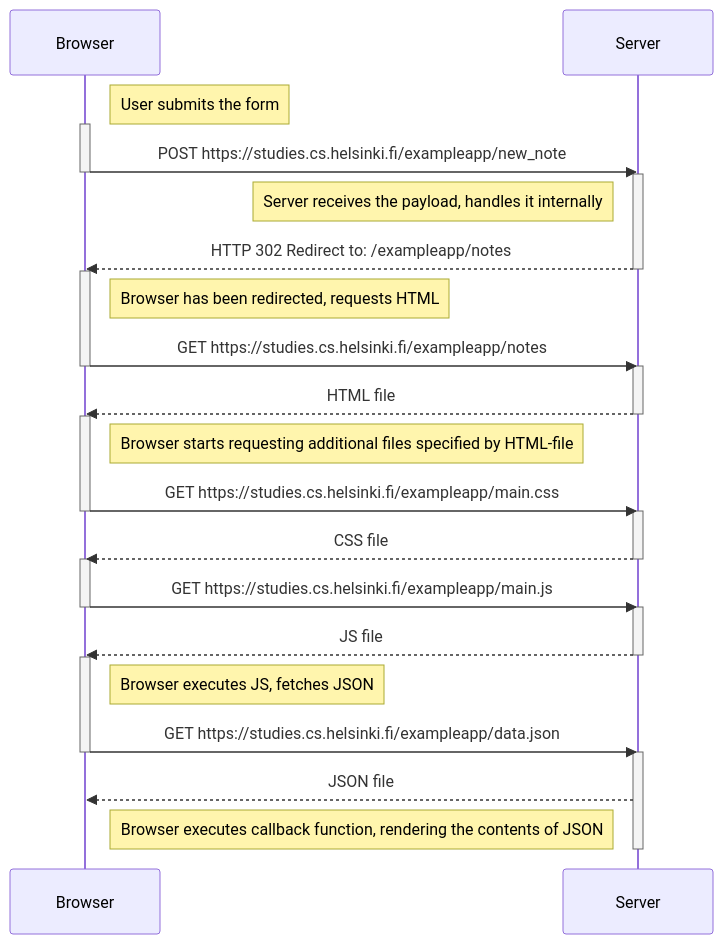
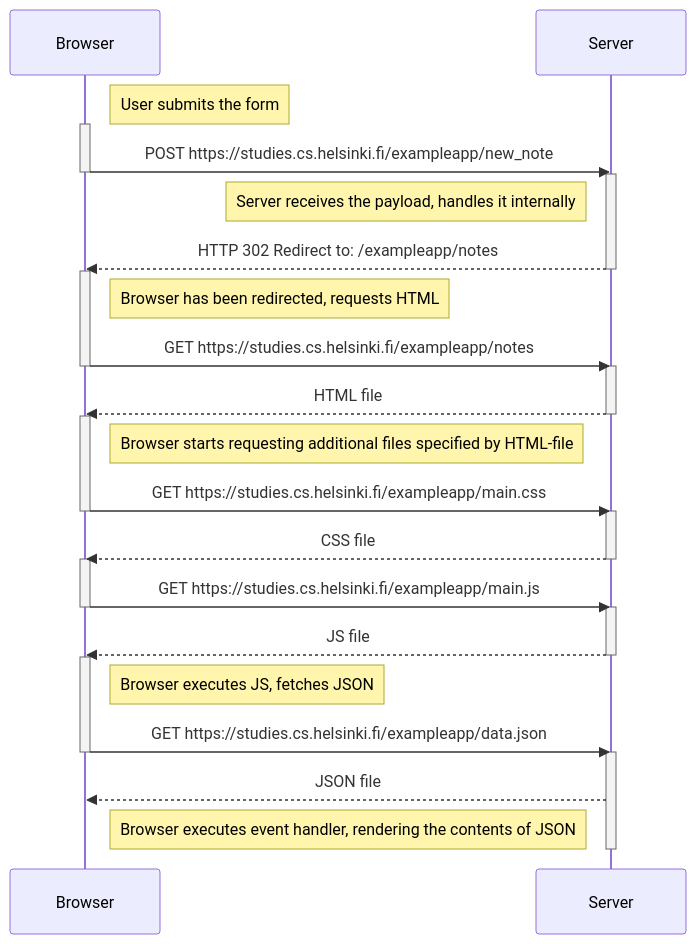
Before and after one commit to Kabskibs/fullstackopen: the diagram in osa0/0_4.md, drawn with Mermaid.

````diff
--- a/osa0/0_4.md
+++ b/osa0/0_4.md
@@ -1,41 +1,41 @@
 ```mermaid
 sequenceDiagram
     participant Browser
     participant Server
     Note right of Browser: User submits the form
     activate Browser
     Browser->>Server: POST https://studies.cs.helsinki.fi/exampleapp/new_note
     deactivate Browser
     activate Server
     Note left of Server: Server receives the payload, handles it internally
     Server-->>Browser: HTTP 302 Redirect to: /exampleapp/notes
     deactivate Server
     activate Browser
     Note right of Browser: Browser has been redirected, requests HTML 
     Browser->>Server: GET https://studies.cs.helsinki.fi/exampleapp/notes
     deactivate Browser
     activate Server
     Server-->>Browser: HTML file
     deactivate Server
     activate Browser
     Note right of Browser: Browser starts requesting additional files specified by HTML-file
     Browser->>Server: GET https://studies.cs.helsinki.fi/exampleapp/main.css
     deactivate Browser
     activate Server
     Server-->>Browser: CSS file
     deactivate Server
     activate Browser
     Browser->>Server: GET https://studies.cs.helsinki.fi/exampleapp/main.js
     deactivate Browser
     activate Server
     Server-->>Browser: JS file
     deactivate Server
     activate Browser
     Note right of Browser: Browser executes JS, fetches JSON
     Browser->>Server: GET https://studies.cs.helsinki.fi/exampleapp/data.json
     deactivate Browser
     activate Server
     Server-->>Browser: JSON file
-    Note right of Browser: Browser executes callback function, rendering the contents of JSON
+    Note right of Browser: Browser executes event handler, rendering the contents of JSON
     deactivate Server
 ```
````
